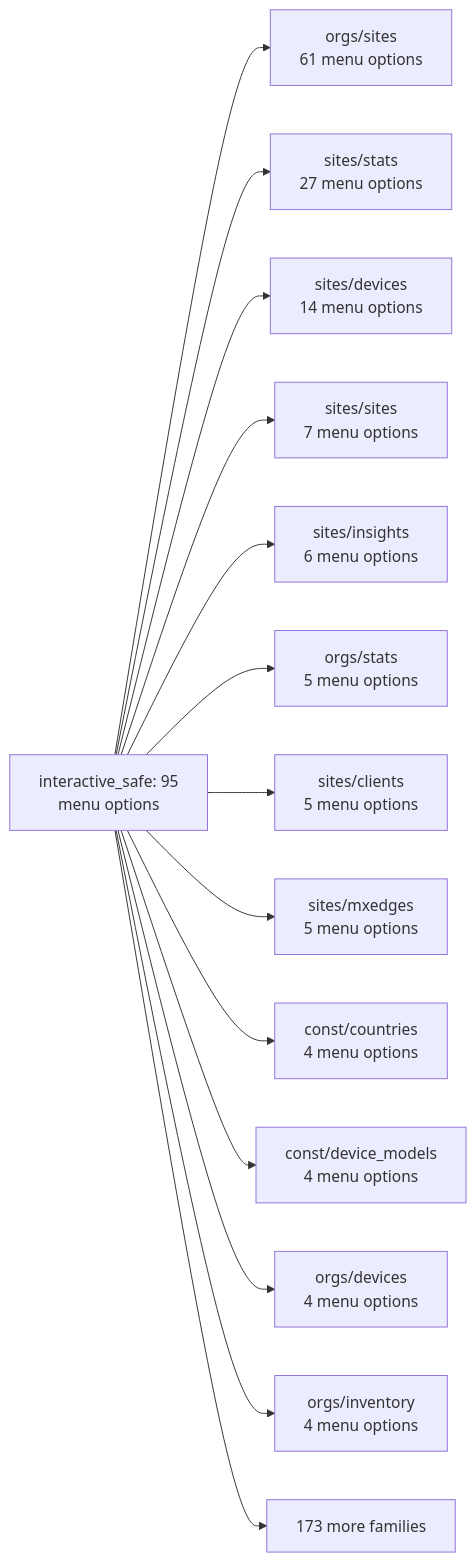
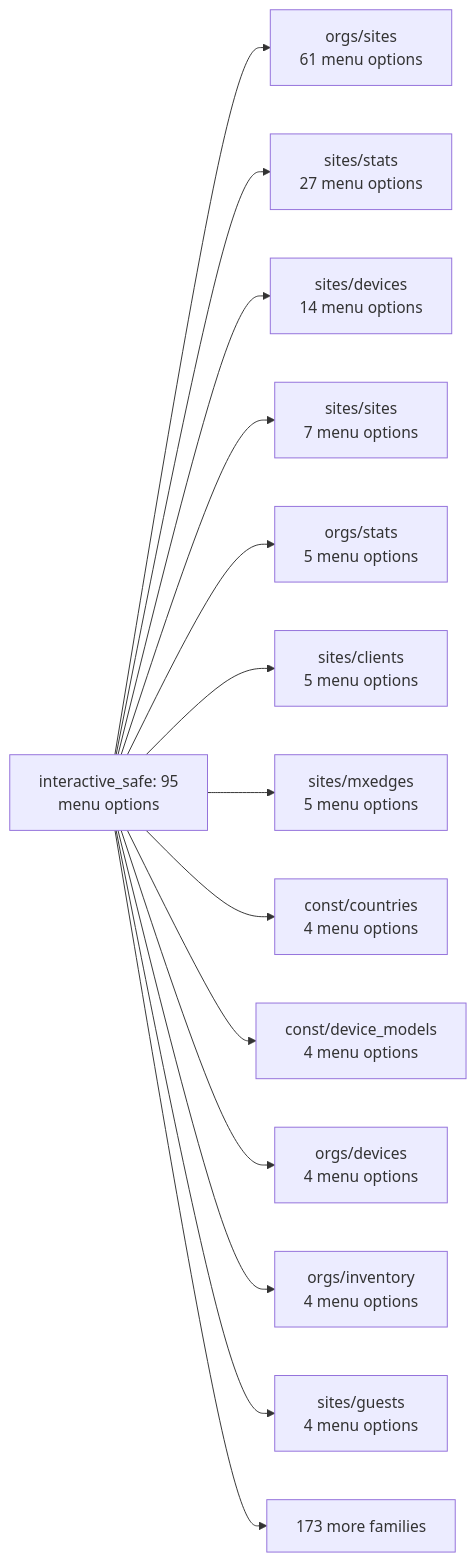
The first of 26 diagrams in documentation/menu-api/interactive-safe.md (jmorrison-juniper/MistHelper), drawn with Mermaid before and after one commit. The commit also changed other lines of this file and 54 other files, not shown here.

````diff
--- a/documentation/menu-api/interactive-safe.md
+++ b/documentation/menu-api/interactive-safe.md
@@ -17,17 +17,17 @@
 ```mermaid
 flowchart LR
     root["interactive_safe: 95<br/>menu options"]
     root --> f_orgs_sites["orgs/sites<br/>61 menu options"]
     root --> f_sites_stats["sites/stats<br/>27 menu options"]
     root --> f_sites_devices["sites/devices<br/>14 menu options"]
     root --> f_sites_sites["sites/sites<br/>7 menu options"]
-    root --> f_sites_insights["sites/insights<br/>6 menu options"]
     root --> f_orgs_stats["orgs/stats<br/>5 menu options"]
     root --> f_sites_clients["sites/clients<br/>5 menu options"]
     root --> f_sites_mxedges["sites/mxedges<br/>5 menu options"]
     root --> f_const_countries["const/countries<br/>4 menu options"]
     root --> f_const_device_models["const/device_models<br/>4 menu options"]
     root --> f_orgs_devices["orgs/devices<br/>4 menu options"]
     root --> f_orgs_inventory["orgs/inventory<br/>4 menu options"]
+    root --> f_sites_guests["sites/guests<br/>4 menu options"]
     root --> more["173 more families"]
 ```
````
